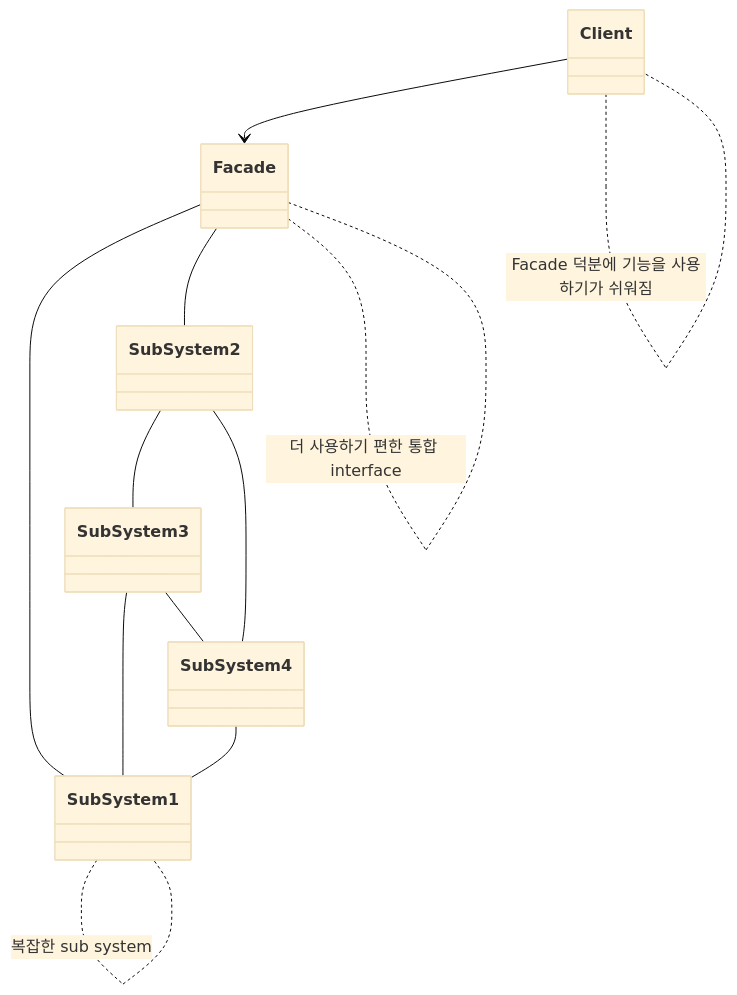
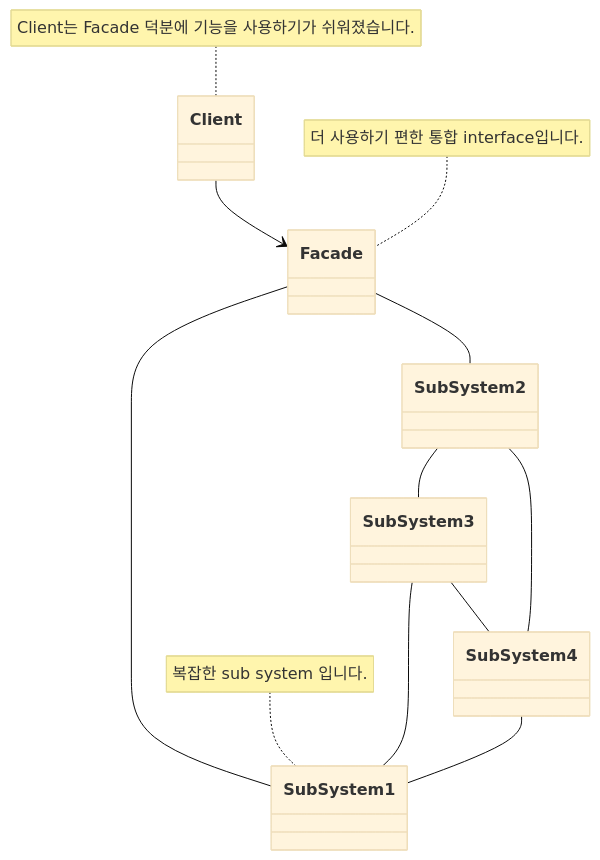
Before and after one commit to choesimin/choesimin.github.io: the first of 2 diagrams in _notes/design-pattern/facade-pattern.md, drawn with Mermaid (base theme). The commit also changed other lines of this file, not shown here.

````diff
--- a/_notes/design-pattern/facade-pattern.md
+++ b/_notes/design-pattern/facade-pattern.md
@@ -32,24 +37,24 @@
 ```mermaid
 classDiagram
 
 class Client
 class Facade
 class SubSystem1
 class SubSystem2
 class SubSystem3
 class SubSystem4
 
 Client --> Facade
 
 Facade -- SubSystem1
 Facade -- SubSystem2
 SubSystem2 -- SubSystem3
 SubSystem2 -- SubSystem4
 SubSystem3 -- SubSystem1
 SubSystem3 -- SubSystem4
 SubSystem4 -- SubSystem1
 
-Client .. Client : Facade 덕분에 기능을 사용하기가 쉬워짐
-Facade .. Facade : 더 사용하기 편한 통합 interface
-SubSystem1 .. SubSystem1 : 복잡한 sub system
+note for Client "Client는 Facade 덕분에 기능을 사용하기가 쉬워졌습니다."
+note for Facade "더 사용하기 편한 통합 interface입니다."
+note for SubSystem1 "복잡한 sub system 입니다."
 ```
````
